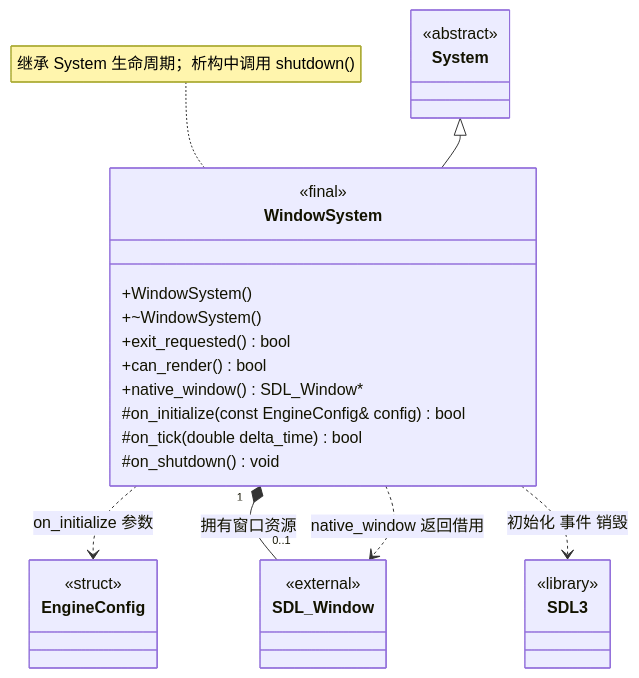
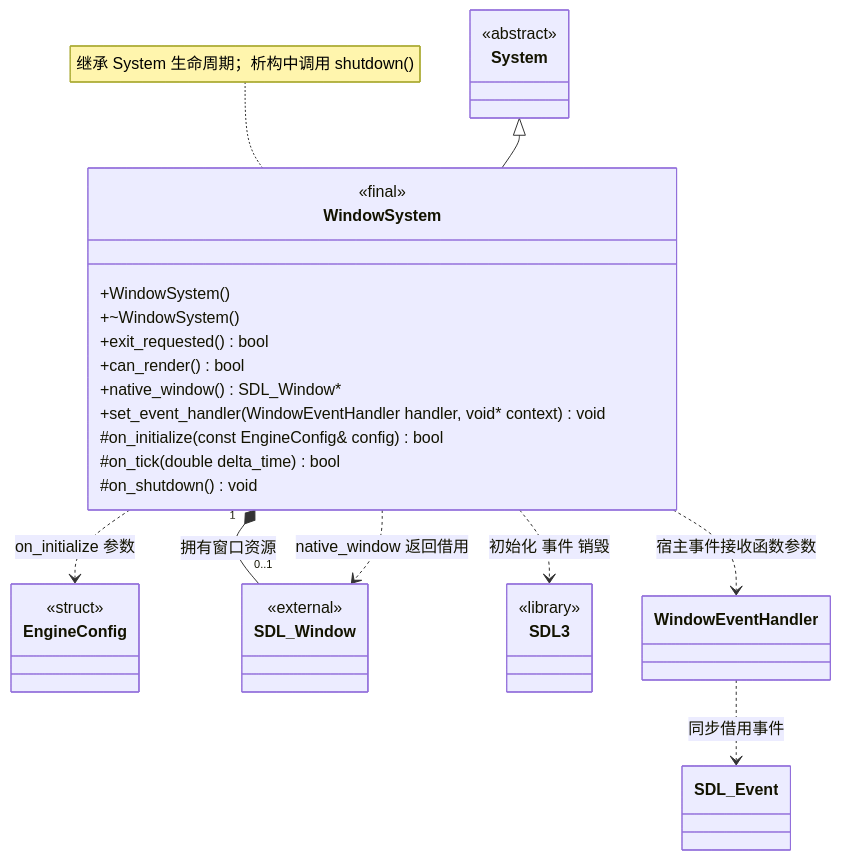
Before and after one commit to lcals/Engine: the diagram in docs/runtime/class-diagrams/window-system.md, drawn with Mermaid. The commit also changed other lines of this file and 64 other files, not shown here.

````diff
--- a/docs/runtime/class-diagrams/window-system.md
+++ b/docs/runtime/class-diagrams/window-system.md
@@ -7,33 +7,38 @@
 ```mermaid
 classDiagram
     direction TB
     class WindowSystem {
         <<final>>
         +WindowSystem()
         +~WindowSystem()
         +exit_requested() bool
         +can_render() bool
         +native_window() SDL_Window#42;
+        +set_event_handler(WindowEventHandler handler, void#42; context) void
         #on_initialize(const EngineConfig& config) bool
         #on_tick(double delta_time) bool
         #on_shutdown() void
     }
     class System {
         <<abstract>>
     }
     class EngineConfig {
         <<struct>>
     }
     class SDL_Window {
         <<external>>
     }
     class SDL3 {
         <<library>>
     }
+    class WindowEventHandler
+    class SDL_Event
     System <|-- WindowSystem
     WindowSystem ..> EngineConfig : on_initialize 参数
     WindowSystem "1" *-- "0..1" SDL_Window : 拥有窗口资源
     WindowSystem ..> SDL_Window : native_window 返回借用
     WindowSystem ..> SDL3 : 初始化 事件 销毁
+    WindowSystem ..> WindowEventHandler : 宿主事件接收函数参数
+    WindowEventHandler ..> SDL_Event : 同步借用事件
     note for WindowSystem "继承 System 生命周期；析构中调用 shutdown()"
 ```
````
